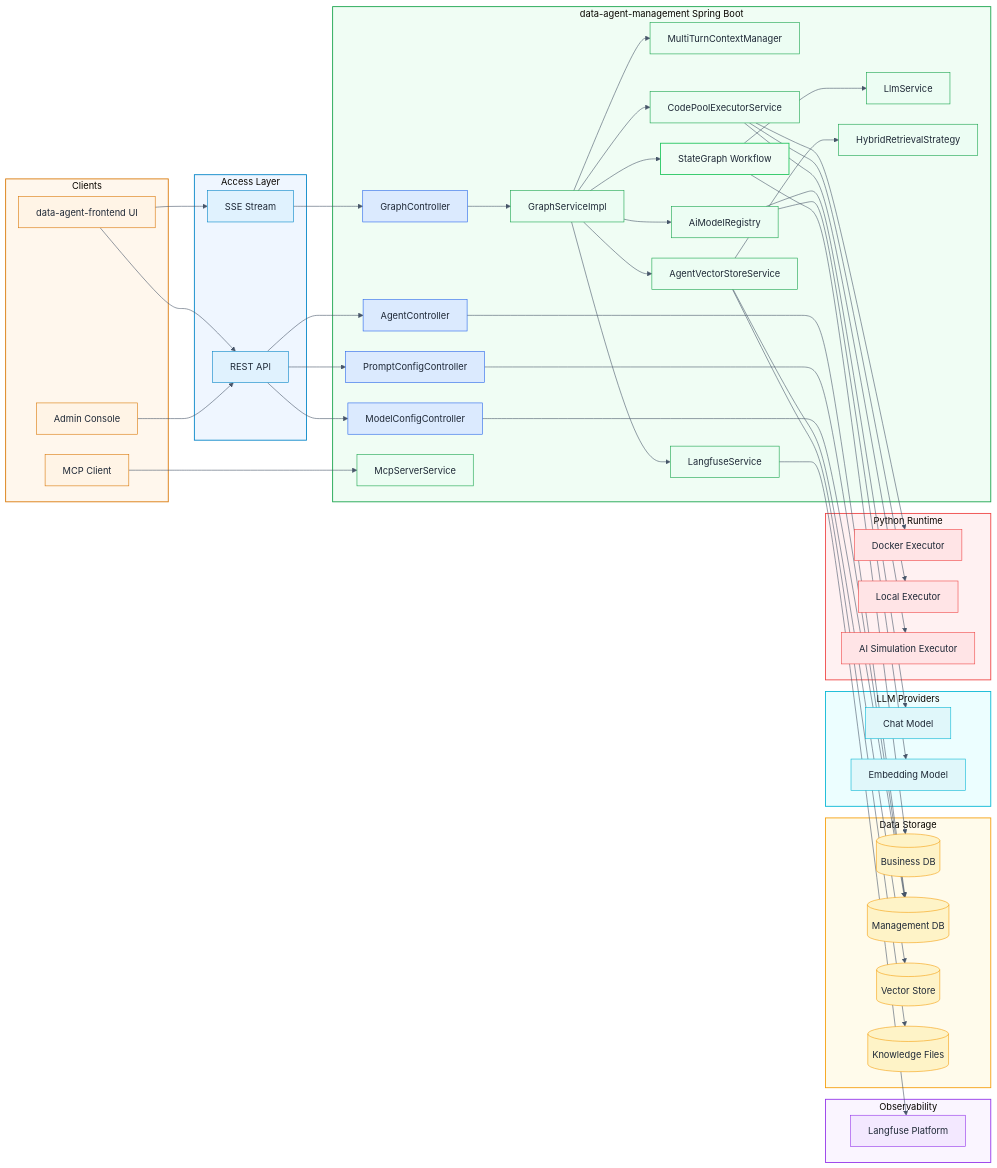
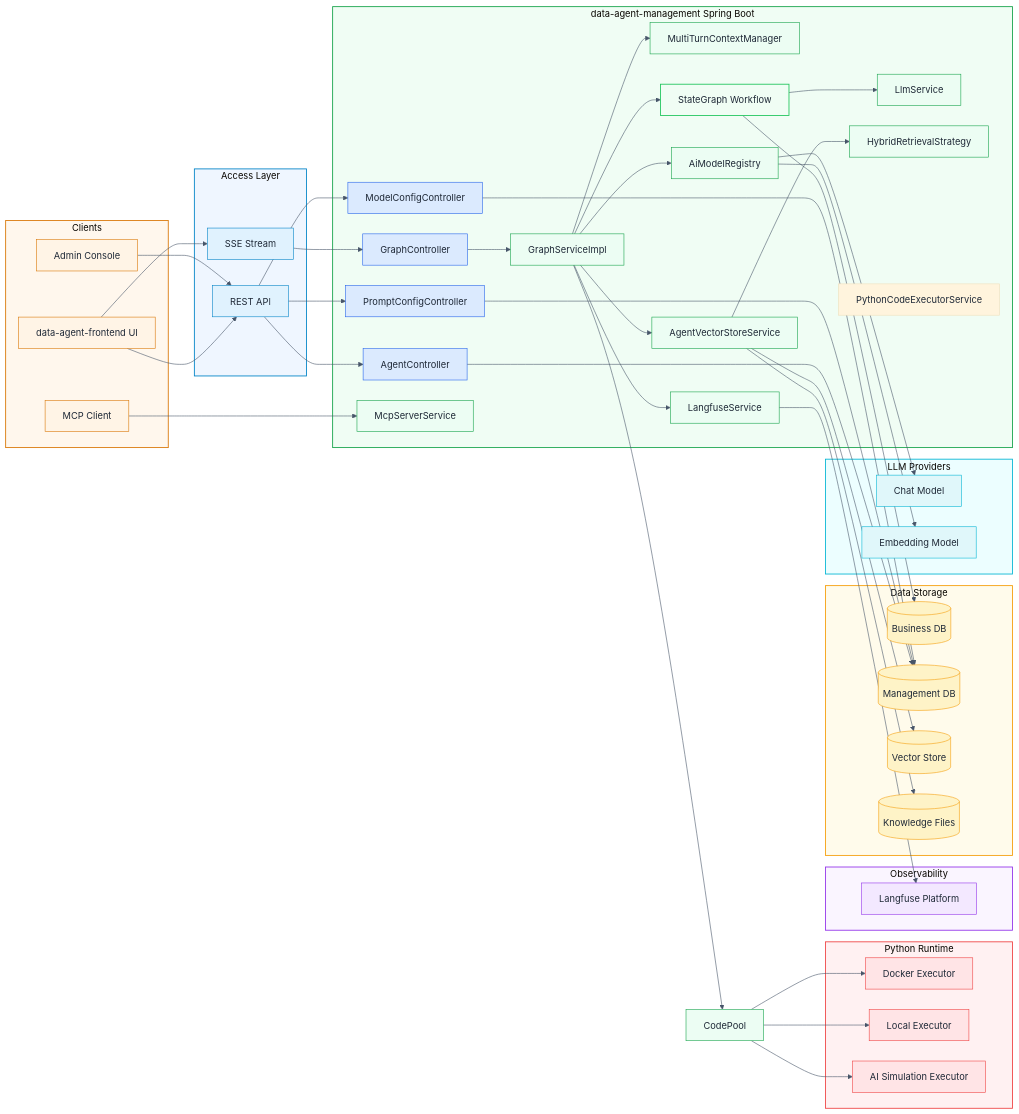
Before and after one commit to gezhonglunta/McDataAgent: the first of 18 diagrams in docs/ARCHITECTURE.md, drawn with Mermaid. The commit also changed other lines of this file and 65 other files, not shown here.

```diff
--- a/docs/ARCHITECTURE.md
+++ b/docs/ARCHITECTURE.md
@@ -32,7 +32,7 @@
     ModelRegistry[AiModelRegistry]
     VectorSvc[AgentVectorStoreService]
     Hybrid[HybridRetrievalStrategy]
-    CodePool[CodePoolExecutorService]
+    CodeExec[PythonCodeExecutorService]
     McpSvc[McpServerService]
     LangfuseSvc[LangfuseService]
   end
```
